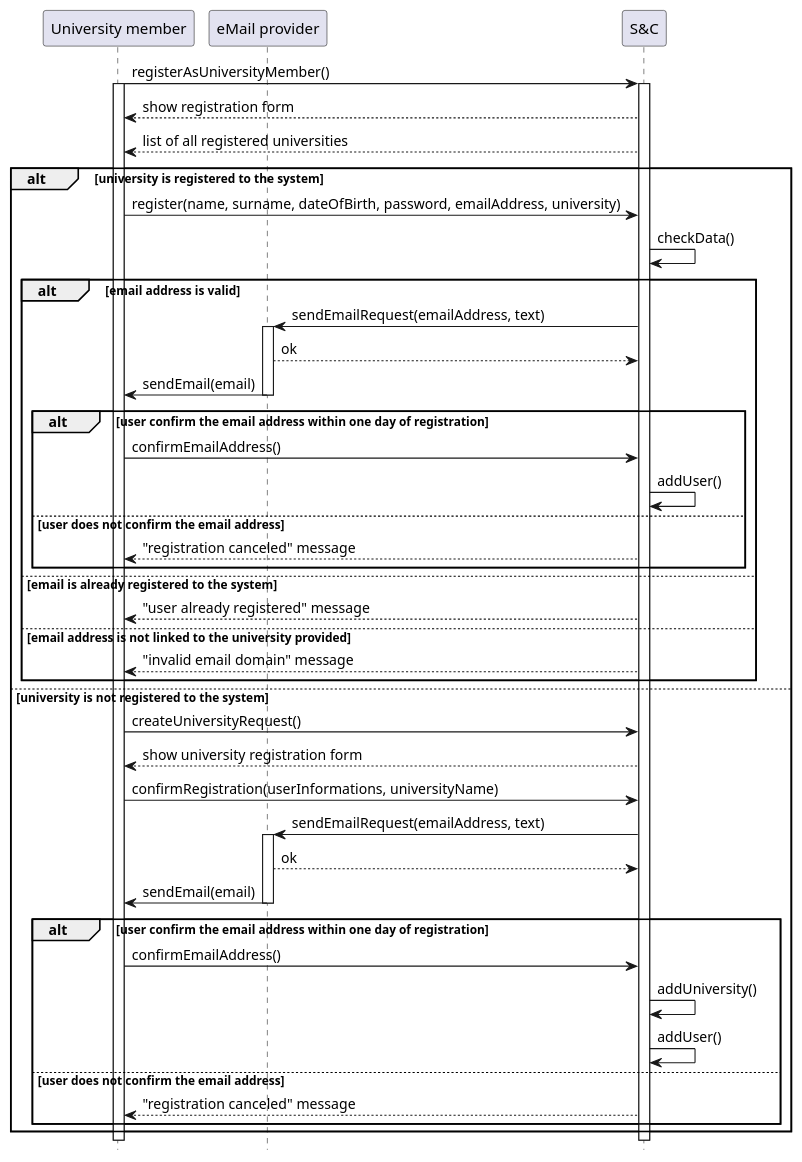
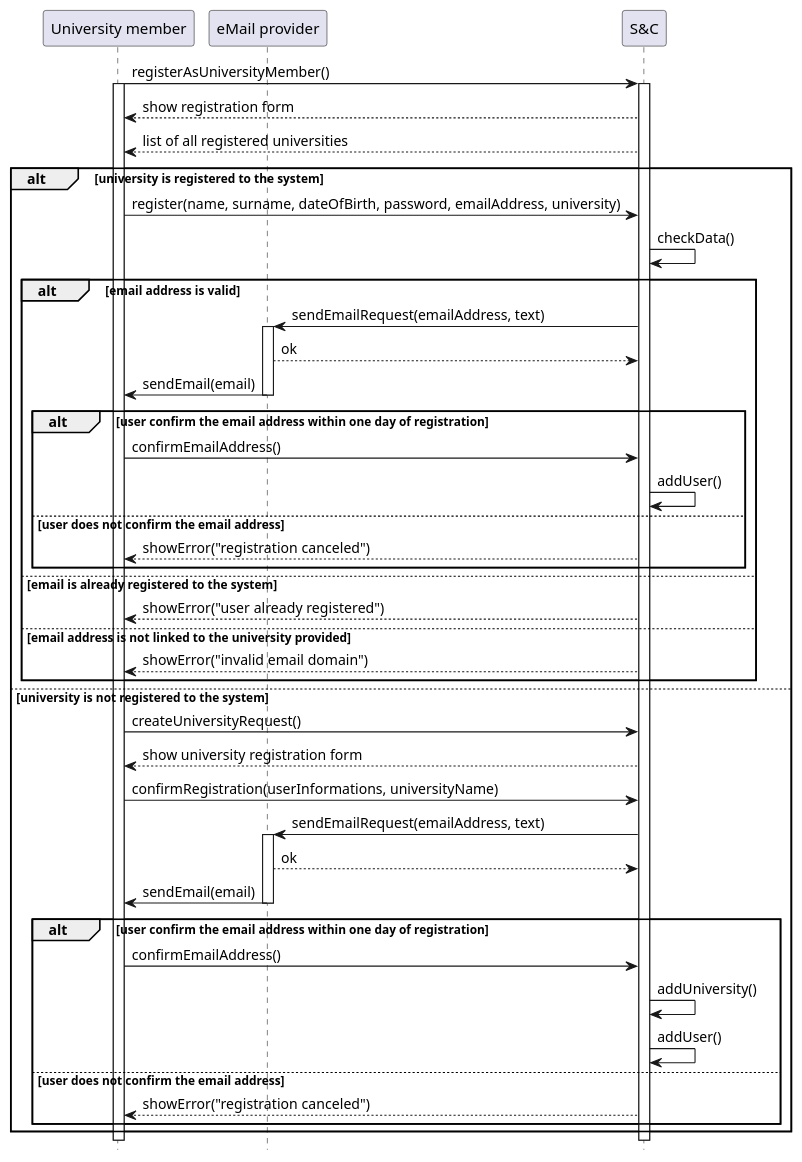
Before and after one commit to matti8702/R_and_DD_project_SE2: the diagram in RASD/Specific_requirements/uml_diagrams/UC1_diagram.puml, drawn with PlantUML. The commit also changed 7 other files, not shown here.

Commit message:
refactor: introduce showError and showMessage functions in sequence diagrams

```diff
--- a/RASD/Specific_requirements/uml_diagrams/UC1_diagram.puml
+++ b/RASD/Specific_requirements/uml_diagrams/UC1_diagram.puml
@@ -1,50 +1,50 @@
 @startuml UC1_diagram
 hide footbox
 
 participant "University member" as UM
 participant "eMail provider" as EP
 participant "S&C" AS S
 
 UM -> S: registerAsUniversityMember()
 activate S
 activate UM
 S --> UM: show registration form
 S --> UM: list of all registered universities
 alt university is registered to the system
     UM -> S: register(name, surname, dateOfBirth, password, emailAddress, university)
     S -> S: checkData()
     alt email address is valid
         S -> EP: sendEmailRequest(emailAddress, text)
         activate EP
         EP --> S: ok
         EP -> UM: sendEmail(email)
         deactivate EP
         alt user confirm the email address within one day of registration
             UM -> S: confirmEmailAddress()
             S -> S: addUser()
         else user does not confirm the email address
-            S --> UM: "registration canceled" message
+            S --> UM: showError("registration canceled")
         end
     else email is already registered to the system
-        S --> UM: "user already registered" message
+        S --> UM: showError("user already registered")
     else email address is not linked to the university provided
-        S --> UM: "invalid email domain" message
+        S --> UM: showError("invalid email domain")
     end
 else university is not registered to the system
     UM -> S: createUniversityRequest()
     S --> UM: show university registration form
     UM -> S: confirmRegistration(userInformations, universityName)
     S -> EP: sendEmailRequest(emailAddress, text)
     activate EP
     EP --> S: ok
     EP -> UM: sendEmail(email)
     deactivate EP
     alt user confirm the email address within one day of registration
         UM -> S: confirmEmailAddress()
         S -> S: addUniversity()
         S -> S: addUser()
     else user does not confirm the email address
-        S --> UM: "registration canceled" message
+        S --> UM: showError("registration canceled")
     end
 end
 @enduml
```
